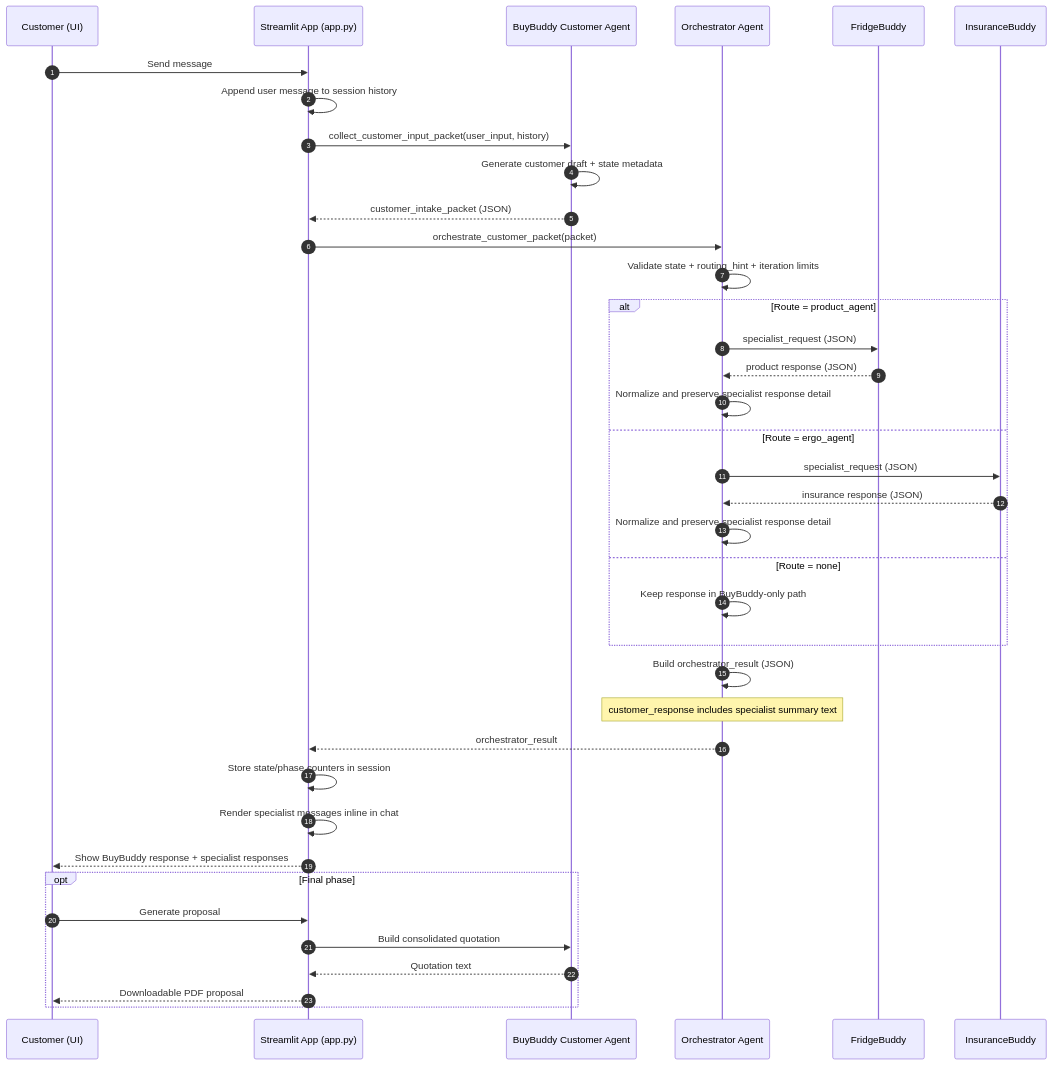
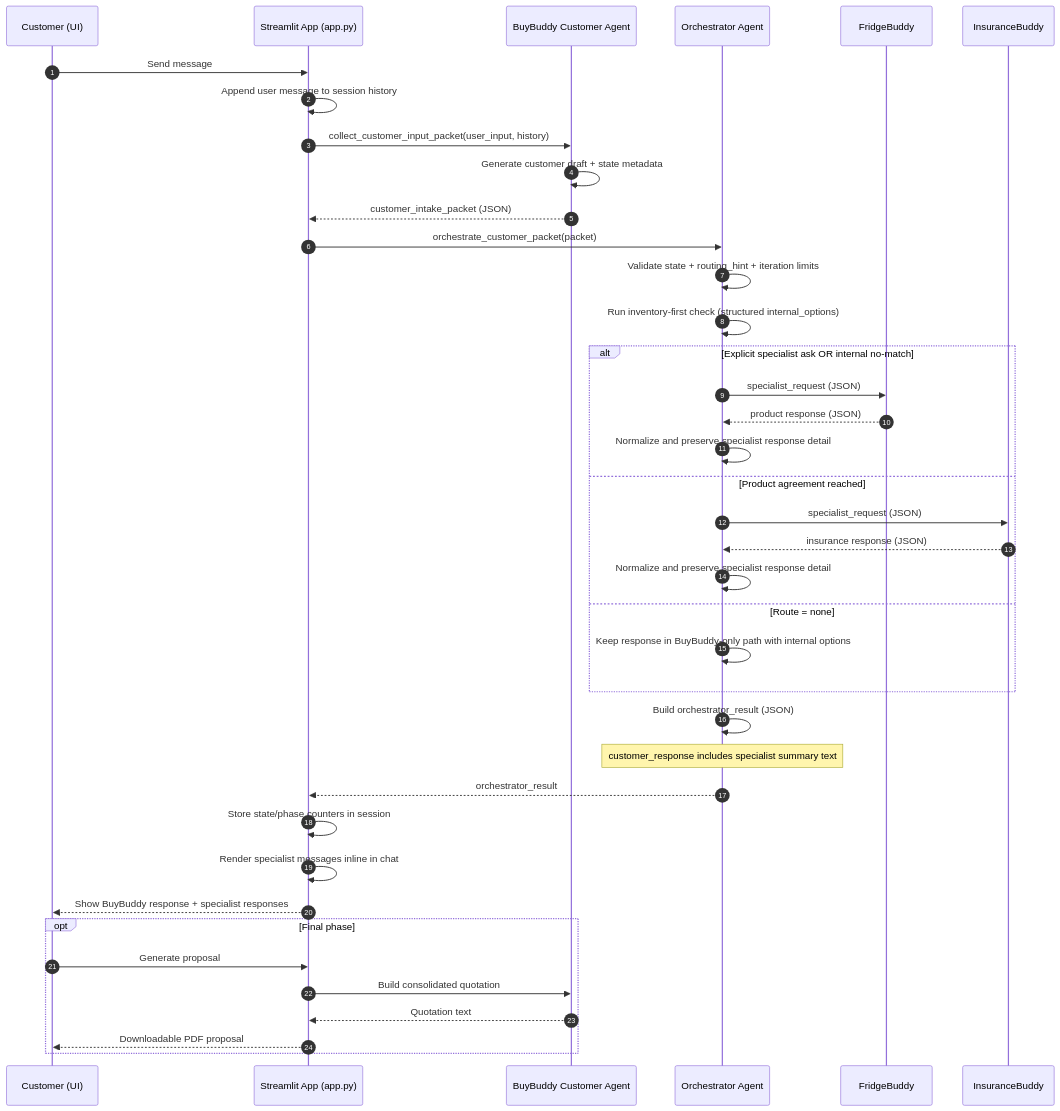
Before and after one commit to an-amateur-person/Agentic-AI-Innovation: the diagram in README.md, drawn with Mermaid. The commit also changed other lines of this file and 1 other file, not shown here.

Commit message:
Update README and flow for inventory-first prompt-driven behavior

````diff
--- a/README.md
+++ b/README.md
@@ -42,47 +43,48 @@
 ```mermaid
 sequenceDiagram
    autonumber
    participant U as Customer (UI)
    participant A as Streamlit App (app.py)
    participant B as BuyBuddy Customer Agent
    participant O as Orchestrator Agent
    participant P as FridgeBuddy
    participant I as InsuranceBuddy
 
    U->>A: Send message
    A->>A: Append user message to session history
 
    A->>B: collect_customer_input_packet(user_input, history)
    B->>B: Generate customer draft + state metadata
    B-->>A: customer_intake_packet (JSON)
 
    A->>O: orchestrate_customer_packet(packet)
    O->>O: Validate state + routing_hint + iteration limits
+   O->>O: Run inventory-first check (structured internal_options)
 
-   alt Route = product_agent
+   alt Explicit specialist ask OR internal no-match
       O->>P: specialist_request (JSON)
       P-->>O: product response (JSON)
       O->>O: Normalize and preserve specialist response detail
-   else Route = ergo_agent
+   else Product agreement reached
       O->>I: specialist_request (JSON)
       I-->>O: insurance response (JSON)
       O->>O: Normalize and preserve specialist response detail
    else Route = none
-      O->>O: Keep response in BuyBuddy-only path
+      O->>O: Keep response in BuyBuddy-only path with internal options
    end
 
    O->>O: Build orchestrator_result (JSON)
    Note over O: customer_response includes specialist summary text
    O-->>A: orchestrator_result
 
    A->>A: Store state/phase counters in session
    A->>A: Render specialist messages inline in chat
    A-->>U: Show BuyBuddy response + specialist responses
 
    opt Final phase
       U->>A: Generate proposal
       A->>B: Build consolidated quotation
       B-->>A: Quotation text
       A-->>U: Downloadable PDF proposal
    end
 ```
````
